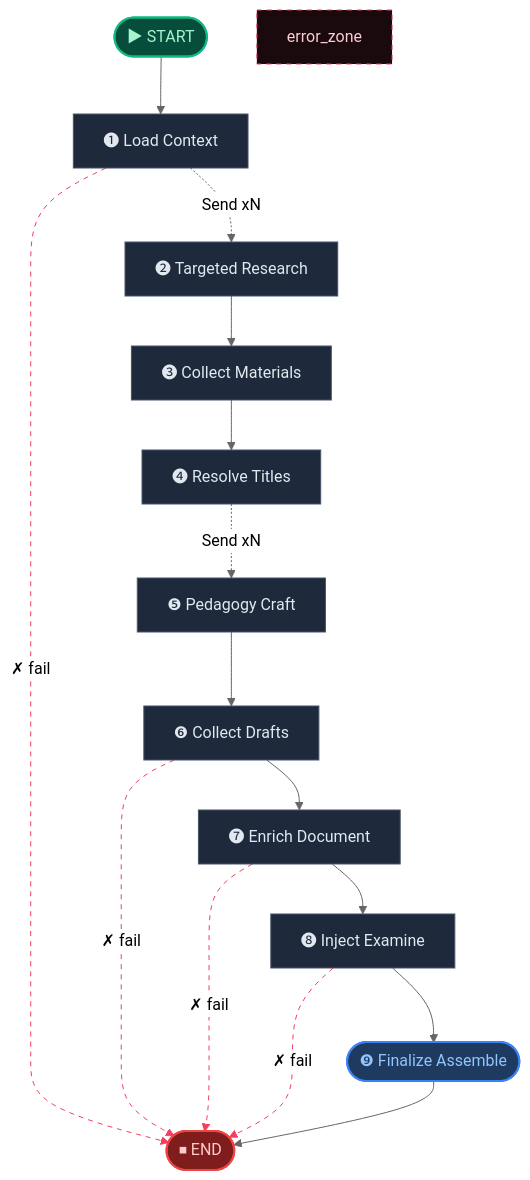
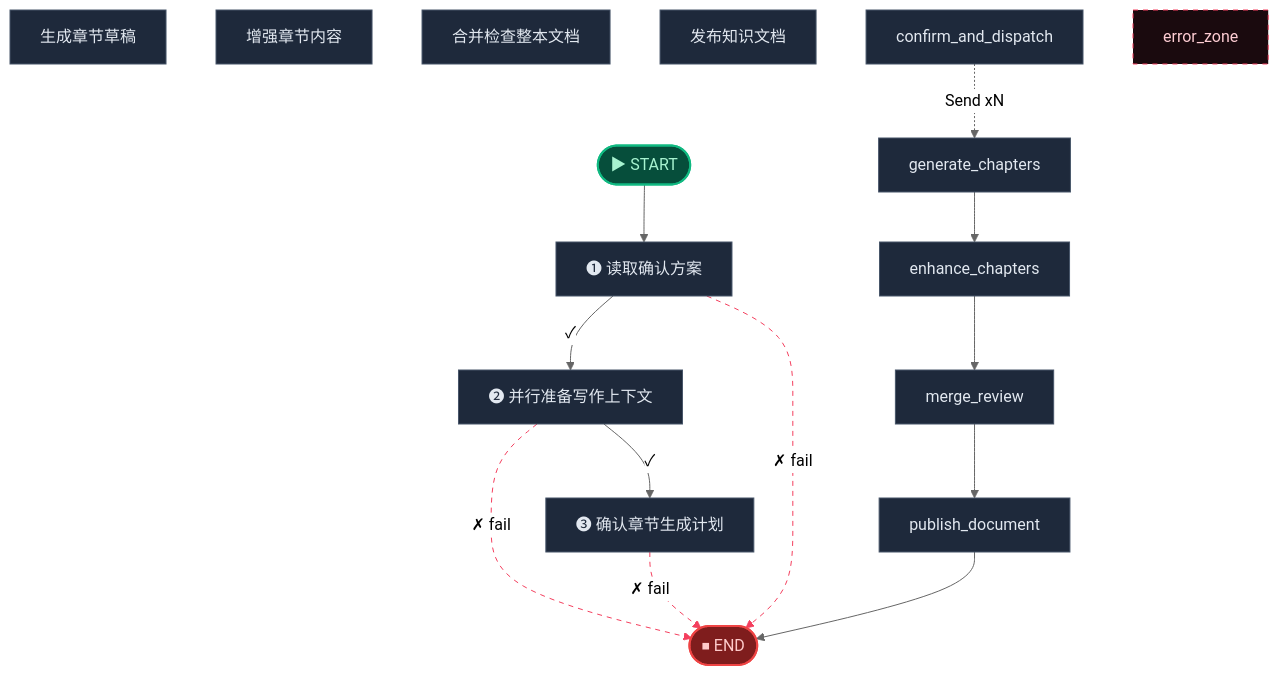
One commit to aiteachme/AITeachMe changed the second of 3 diagrams in backend/scripts/.generated_workflow_diagrams/digest.md. Above: the diagram before and after it, drawn with Mermaid (neutral theme). The commit also changed other lines of this file and 21 other files, not shown here.

````diff
--- a/backend/scripts/.generated_workflow_diagrams/digest.md
+++ b/backend/scripts/.generated_workflow_diagrams/digest.md
@@ -65,41 +64,35 @@
 ```mermaid
 flowchart TD
     __start__(["▶ START"])
-    load_context["❶ Load Context"]
-    targeted_research["❷ Targeted Research"]
-    collect_materials["❸ Collect Materials"]
-    resolve_titles["❹ Resolve Titles"]
-    pedagogy_craft["❺ Pedagogy Craft"]
-    collect_drafts["❻ Collect Drafts"]
-    enrich_document["❼ Enrich Document"]
-    inject_examine["❽ Inject Examine"]
-    finalize_assemble(["❾ Finalize Assemble"])
+    读取确认方案["❶ 读取确认方案"]
+    并行准备写作上下文["❷ 并行准备写作上下文"]
+    确认章节生成计划["❸ 确认章节生成计划"]
+    生成章节草稿["生成章节草稿"]
+    增强章节内容["增强章节内容"]
+    合并检查整本文档["合并检查整本文档"]
+    发布知识文档["发布知识文档"]
     __end__(["⏹ END"])
 
-    __start__ --> load_context
-    collect_drafts -. "✗ fail" .-> __end__
-    collect_drafts --> enrich_document
-    collect_materials --> resolve_titles
-    enrich_document -. "✗ fail" .-> __end__
-    enrich_document --> inject_examine
-    inject_examine -. "✗ fail" .-> __end__
-    inject_examine --> finalize_assemble
-    load_context -. "✗ fail" .-> __end__
-    load_context -. "Send xN" .-> targeted_research
-    pedagogy_craft --> collect_drafts
-    resolve_titles -. "Send xN" .-> pedagogy_craft
-    targeted_research --> collect_materials
-    finalize_assemble --> __end__
+    __start__ --> 读取确认方案
+    并行准备写作上下文 -. "✗ fail" .-> __end__
+    并行准备写作上下文 -->|"✓"| 确认章节生成计划
+    确认章节生成计划 -. "✗ fail" .-> __end__
+    读取确认方案 -. "✗ fail" .-> __end__
+    读取确认方案 -->|"✓"| 并行准备写作上下文
+    confirm_and_dispatch -. "Send xN" .-> generate_chapters
+    generate_chapters --> enhance_chapters
+    enhance_chapters --> merge_review
+    merge_review --> publish_document
+    publish_document --> __end__
 
     %% ── Styling ──
     classDef startCls fill:#064e3b,stroke:#10b981,stroke-width:2px,color:#a7f3d0
     classDef endCls fill:#7f1d1d,stroke:#ef4444,stroke-width:2px,color:#fecaca
     classDef failCls fill:#4c0519,stroke:#f43f5e,stroke-width:2px,color:#fecdd3
     classDef termCls fill:#1e3a5f,stroke:#3b82f6,stroke-width:2px,color:#93c5fd
     classDef default fill:#1e293b,stroke:#475569,stroke-width:1px,color:#e2e8f0
     style error_zone fill:#1a0a0e,stroke:#f43f5e,stroke-width:1px,color:#fecdd3,stroke-dasharray:5
     class __start__ startCls
-    class finalize_assemble termCls
     class __end__ endCls
-    linkStyle 1,4,6,8 stroke:#f43f5e,stroke-dasharray:5
+    linkStyle 1,3,4 stroke:#f43f5e,stroke-dasharray:5
 ```
````
